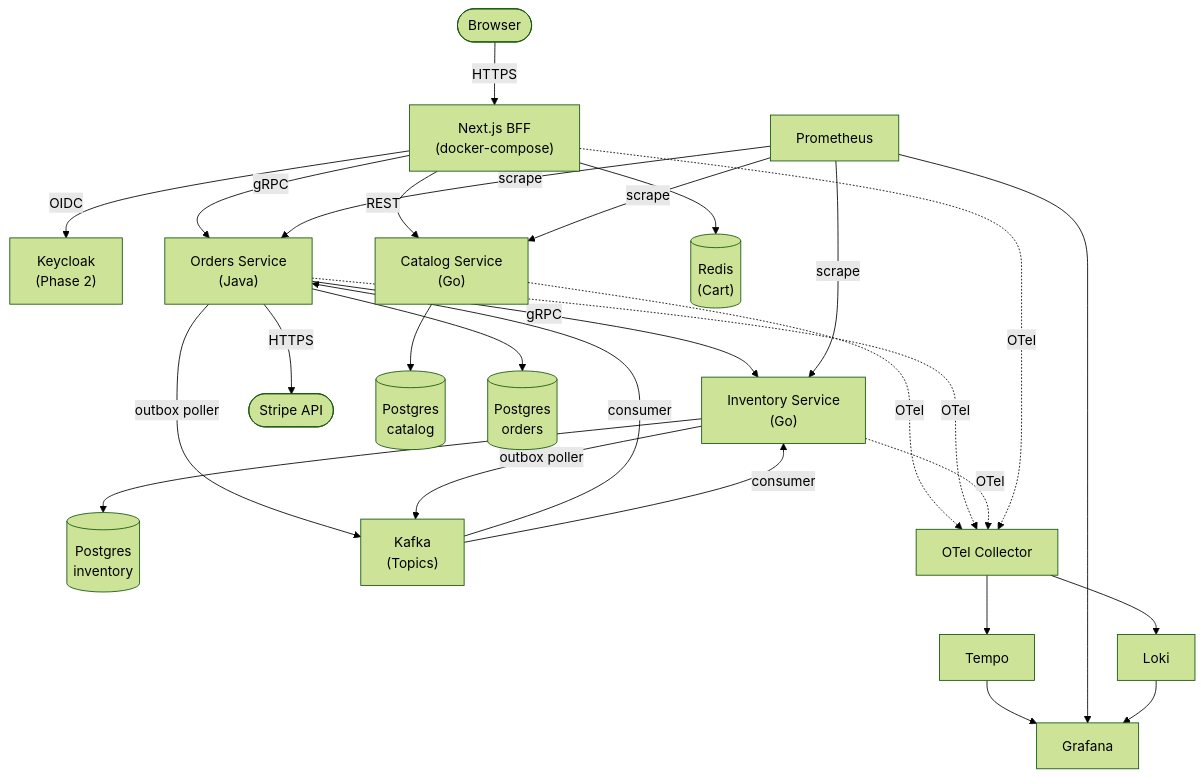
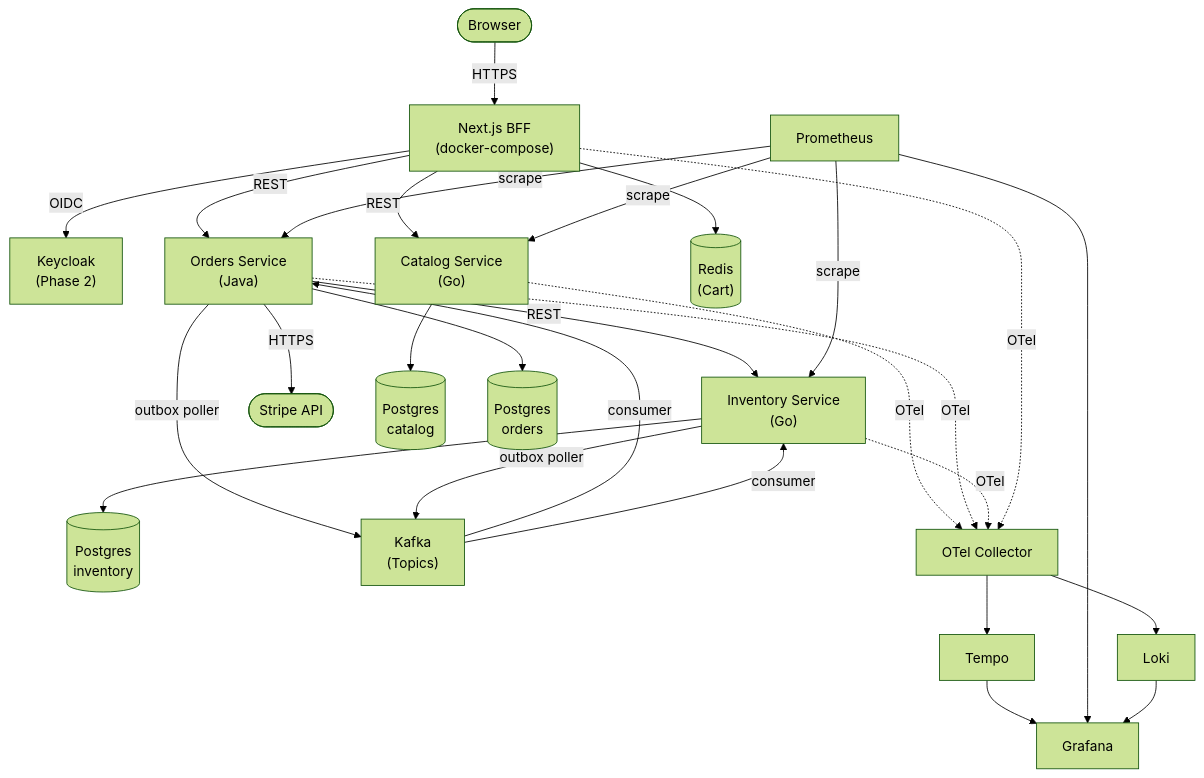
The diagram in gg-docs/03-architecture.md (diegox-acf/gg), drawn with Mermaid (forest theme) before and after one commit. The commit also changed other lines of this file and 8 other files, not shown here.

First line of the commit message:
docs: Phase 0+1 architecture docs, ADRs, and project instructions

````diff
--- a/gg-docs/03-architecture.md
+++ b/gg-docs/03-architecture.md
@@ -15,49 +15,49 @@
 ```mermaid
 graph TB
     Browser([Browser])
     BFF["Next.js BFF\n(docker-compose)"]
     Identity["Keycloak\n(Phase 2)"]
     Catalog["Catalog Service\n(Go)"]
     Orders["Orders Service\n(Java)"]
     Inventory["Inventory Service\n(Go)"]
     Stripe([Stripe API])
     Redis[("Redis\n(Cart)")]
     CatalogDB[("Postgres\ncatalog")]
     OrdersDB[("Postgres\norders")]
     InventoryDB[("Postgres\ninventory")]
     Kafka["Kafka\n(Topics)"]
     OTel["OTel Collector"]
     Tempo[Tempo]
     Prometheus[Prometheus]
     Loki[Loki]
     Grafana[Grafana]
 
     Browser -- HTTPS --> BFF
     BFF -- OIDC --> Identity
     BFF -- REST --> Catalog
-    BFF -- gRPC --> Orders
+    BFF -- REST --> Orders
     BFF --> Redis
     Catalog --> CatalogDB
     Orders --> OrdersDB
-    Orders -- gRPC --> Inventory
+    Orders -- REST --> Inventory
     Orders -- HTTPS --> Stripe
     Inventory --> InventoryDB
 
     Orders -- outbox poller --> Kafka
     Inventory -- outbox poller --> Kafka
     Kafka -- consumer --> Orders
     Kafka -- consumer --> Inventory
 
     Catalog -. OTel .-> OTel
     Orders -. OTel .-> OTel
     Inventory -. OTel .-> OTel
     BFF -. OTel .-> OTel
     OTel --> Tempo
     OTel --> Loki
     Prometheus -- scrape --> Catalog
     Prometheus -- scrape --> Orders
     Prometheus -- scrape --> Inventory
     Tempo --> Grafana
     Prometheus --> Grafana
     Loki --> Grafana
 ```
````
